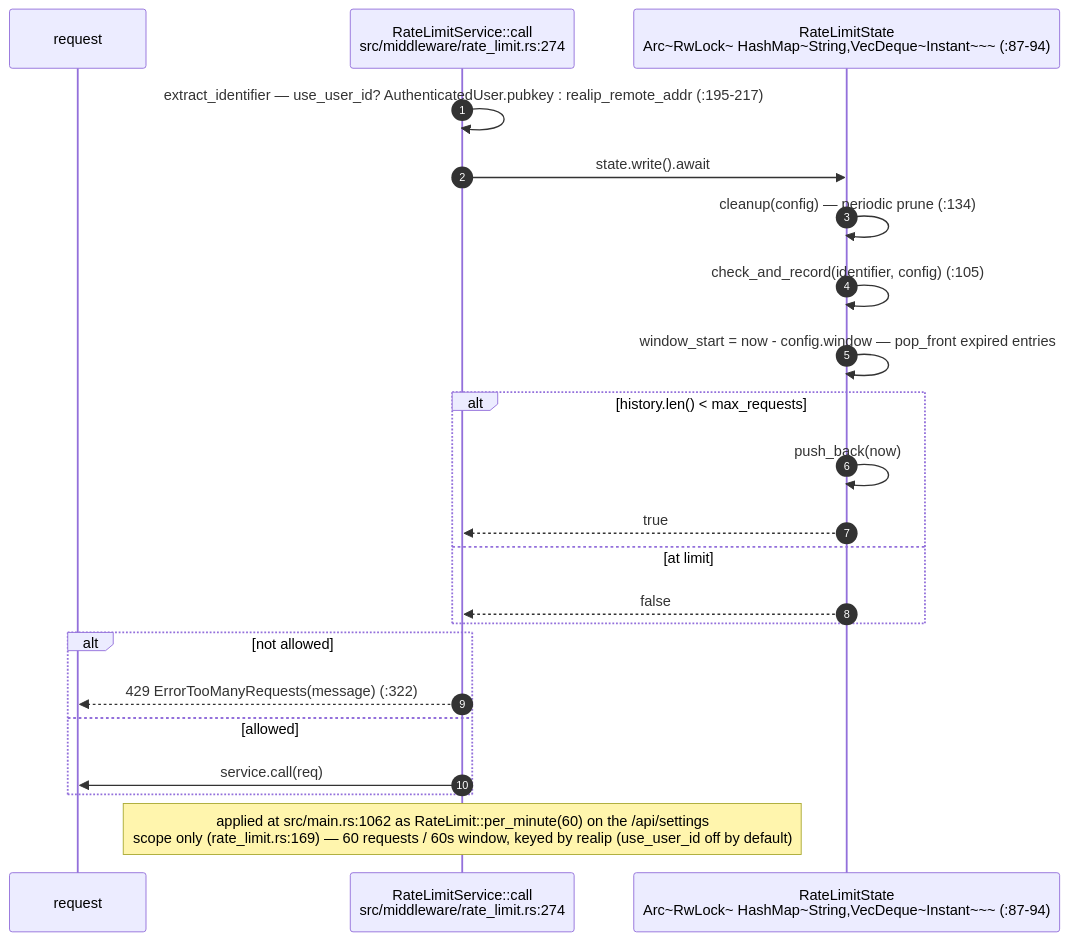
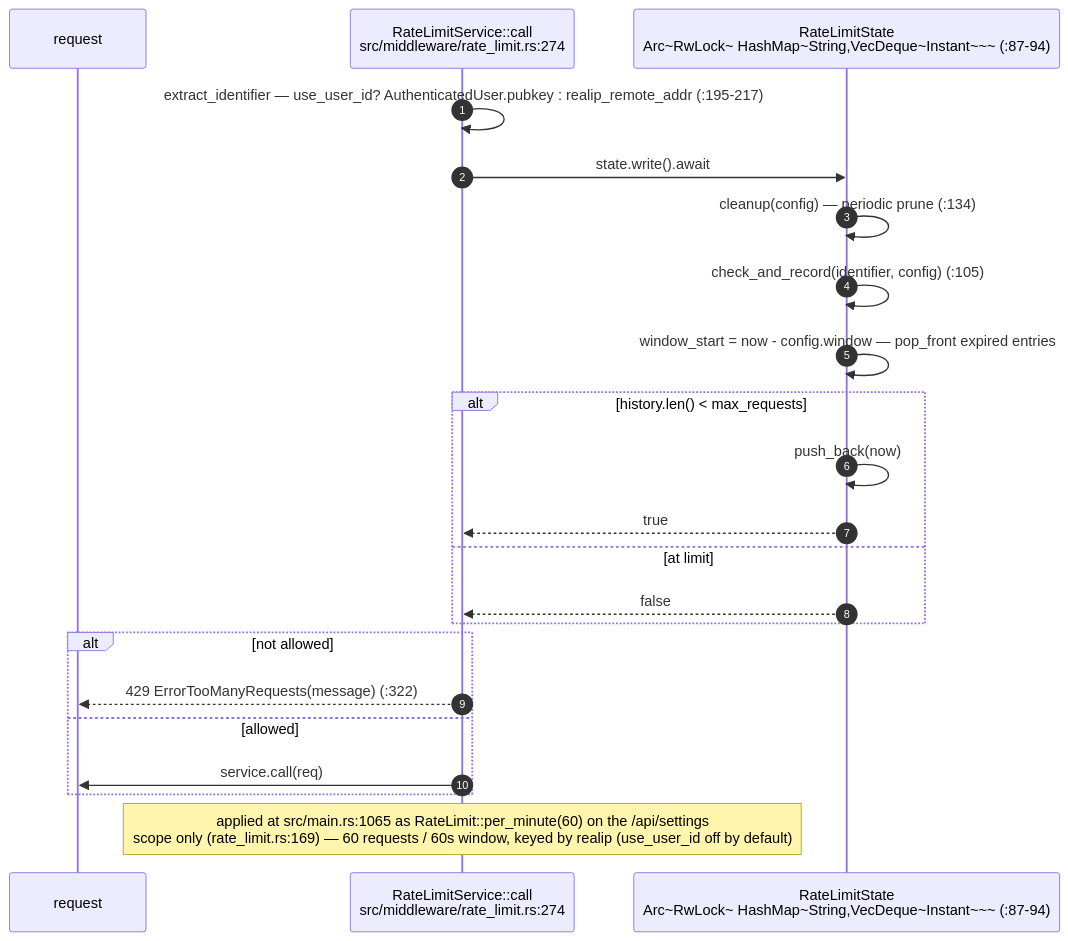
Diagram 12 of 16 in docs/diagrams/visionclaw/03-request-lifecycle-and-rbac.md (DreamLab-AI/AR-AI-Knowledge-Graph), drawn with Mermaid before and after one commit. The commit also changed other lines of this file and 73 other files, not shown here.

First line of the commit message:
docs(diagrams): re-verify all 71 topic files against HEAD; add --cite-check

````diff
--- a/docs/diagrams/visionclaw/03-request-lifecycle-and-rbac.md
+++ b/docs/diagrams/visionclaw/03-request-lifecycle-and-rbac.md
@@ -488,25 +488,25 @@
 ```mermaid
 sequenceDiagram
     autonumber
     participant R as request
     participant RL as RateLimitService::call<br/>src/middleware/rate_limit.rs:274
     participant ST as RateLimitState<br/>Arc~RwLock~ HashMap~String,VecDeque~Instant~~~ (:87-94)
 
     RL->>RL: extract_identifier — use_user_id? AuthenticatedUser.pubkey : realip_remote_addr (:195-217)
     RL->>ST: state.write().await
     ST->>ST: cleanup(config) — periodic prune (:134)
     ST->>ST: check_and_record(identifier, config) (:105)
     ST->>ST: window_start = now - config.window — pop_front expired entries
     alt history.len() < max_requests
         ST->>ST: push_back(now)
         ST-->>RL: true
     else at limit
         ST-->>RL: false
     end
     alt not allowed
         RL-->>R: 429 ErrorTooManyRequests(message) (:322)
     else allowed
         RL->>R: service.call(req)
     end
-    Note over RL: applied at src/main.rs:1062 as RateLimit::per_minute(60) on the /api/settings<br/>scope only (rate_limit.rs:169) — 60 requests / 60s window, keyed by realip (use_user_id off by default)
+    Note over RL: applied at src/main.rs:1065 as RateLimit::per_minute(60) on the /api/settings<br/>scope only (rate_limit.rs:169) — 60 requests / 60s window, keyed by realip (use_user_id off by default)
 ```
````
